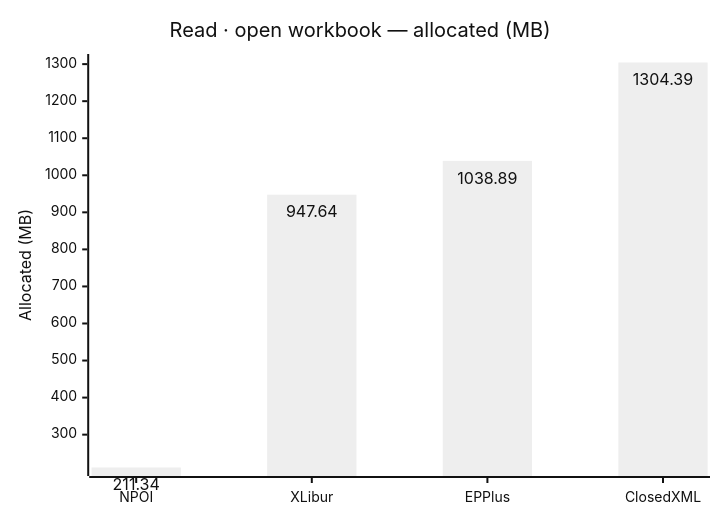
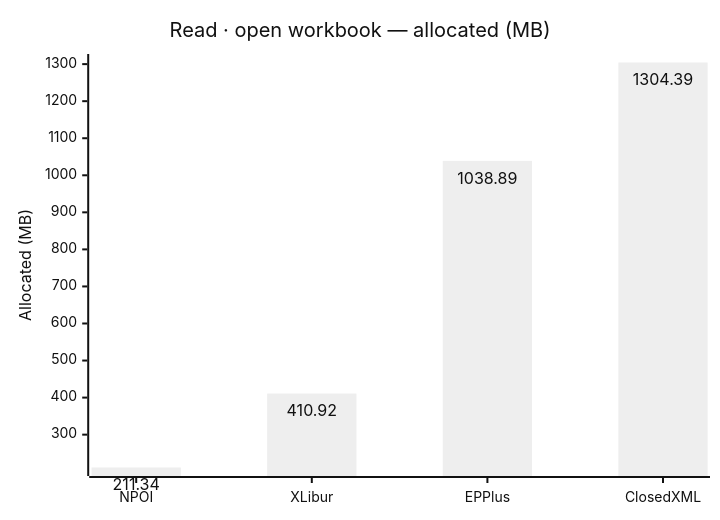
The second of 6 diagrams in docs/results.md (jafin/XLBench), drawn with Mermaid (neutral theme) before and after one commit. The commit also changed other lines of this file and 4 other files, not shown here.

````diff
--- a/docs/results.md
+++ b/docs/results.md
@@ -47,12 +47,12 @@
 ```mermaid
 ---
 config:
   xyChart:
     showDataLabel: true
 ---
 xychart-beta
     title "Read · open workbook — allocated (MB)"
     x-axis ["NPOI", "XLibur", "EPPlus", "ClosedXML"]
     y-axis "Allocated (MB)"
-    bar [211.34, 947.64, 1038.89, 1304.39]
+    bar [211.34, 410.92, 1038.89, 1304.39]
 ```
````
